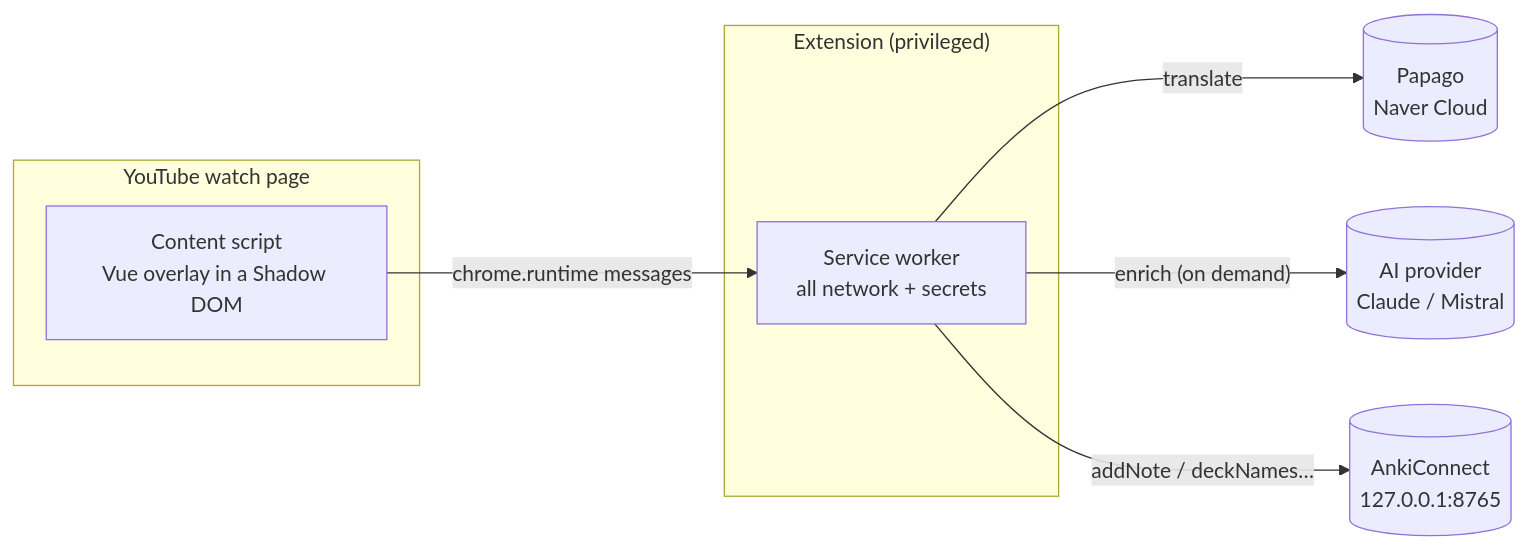
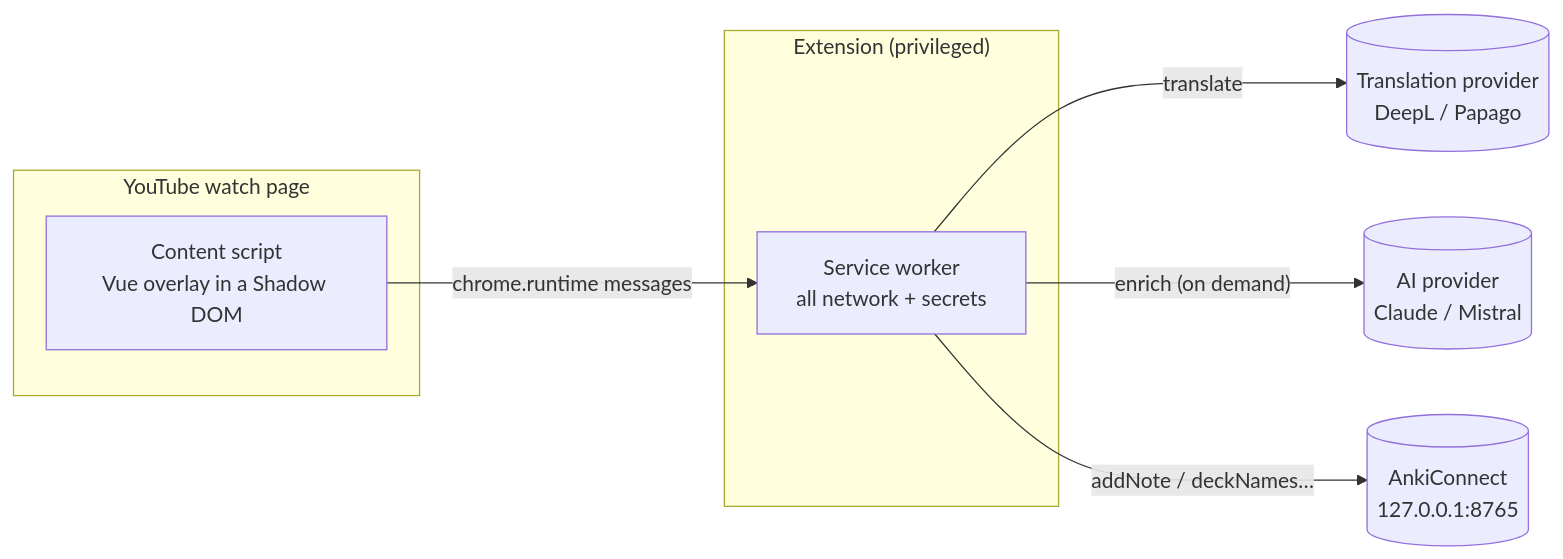
Before and after one commit to benvasseur/korean-anki-miner: the diagram in README.md, drawn with Mermaid. The commit also changed other lines of this file and 4 other files, not shown here.

````diff
--- a/README.md
+++ b/README.md
@@ -32,13 +32,13 @@
 ```mermaid
 flowchart LR
   subgraph page["YouTube watch page"]
     cs["Content script<br/>Vue overlay in a Shadow DOM"]
   end
   subgraph ext["Extension (privileged)"]
     sw["Service worker<br/>all network + secrets"]
   end
   cs -- "chrome.runtime messages" --> sw
-  sw -- "translate" --> papago[("Papago<br/>Naver Cloud")]
+  sw -- "translate" --> tr[("Translation provider<br/>DeepL / Papago")]
   sw -- "enrich (on demand)" --> ai[("AI provider<br/>Claude / Mistral")]
   sw -- "addNote / deckNames…" --> anki[("AnkiConnect<br/>127.0.0.1:8765")]
 ```
````
